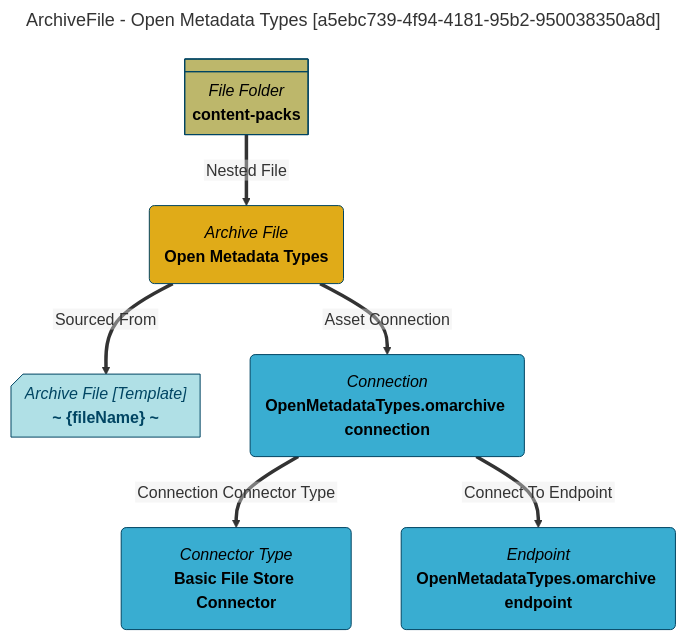
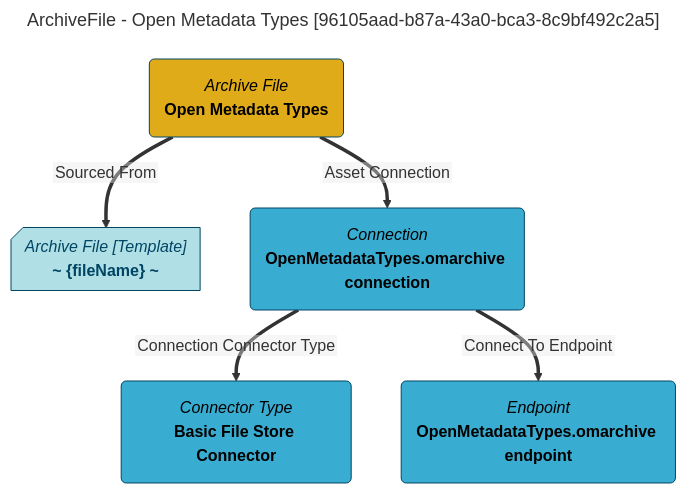
The diagram in site/snippets/data-assets/open-metadata-types-mermaid-graph.md (odpi/egeria-docs), drawn with Mermaid before and after one commit. The commit also changed 2201 other files, not shown here.

````diff
--- a/site/snippets/data-assets/open-metadata-types-mermaid-graph.md
+++ b/site/snippets/data-assets/open-metadata-types-mermaid-graph.md
@@ -1,31 +1,27 @@
 ```mermaid
 ---
-title: ArchiveFile - Open Metadata Types [a5ebc739-4f94-4181-95b2-950038350a8d]
+title: ArchiveFile - Open Metadata Types [96105aad-b87a-43a0-bca3-8c9bf492c2a5]
 ---
 flowchart TD
 %%{init: {"flowchart": {"htmlLabels": false}} }%%
 
 1@{ shape: rounded, label: "*Archive File*
 **Open Metadata Types**"}
 2@{ shape: card, label: "*Archive File [Template]*
 **~ {fileName} ~**"}
 1==>|"Sourced From"|2
 3@{ shape: rounded, label: "*Connection*
 **OpenMetadataTypes.omarchive connection**"}
 1==>|"Asset Connection"|3
 4@{ shape: rounded, label: "*Connector Type*
 **Basic File Store Connector**"}
 3==>|"Connection Connector Type"|4
 5@{ shape: rounded, label: "*Endpoint*
 **OpenMetadataTypes.omarchive endpoint**"}
 3==>|"Connect To Endpoint"|5
-6@{ shape: div-rect, label: "*File Folder*
-**content-packs**"}
-6==>|"Nested File"|1
 style 1 color:#000000, fill:#e0ab18, stroke:#004563
 style 2 color:#004563, fill:#b0e0e6, stroke:#004563
 style 3 color:#000000, fill:#39add1, stroke:#004563
 style 4 color:#000000, fill:#39add1, stroke:#004563
 style 5 color:#000000, fill:#39add1, stroke:#004563
-style 6 color:#000000, fill:#bdb76b, stroke:#004563
 ```
````
